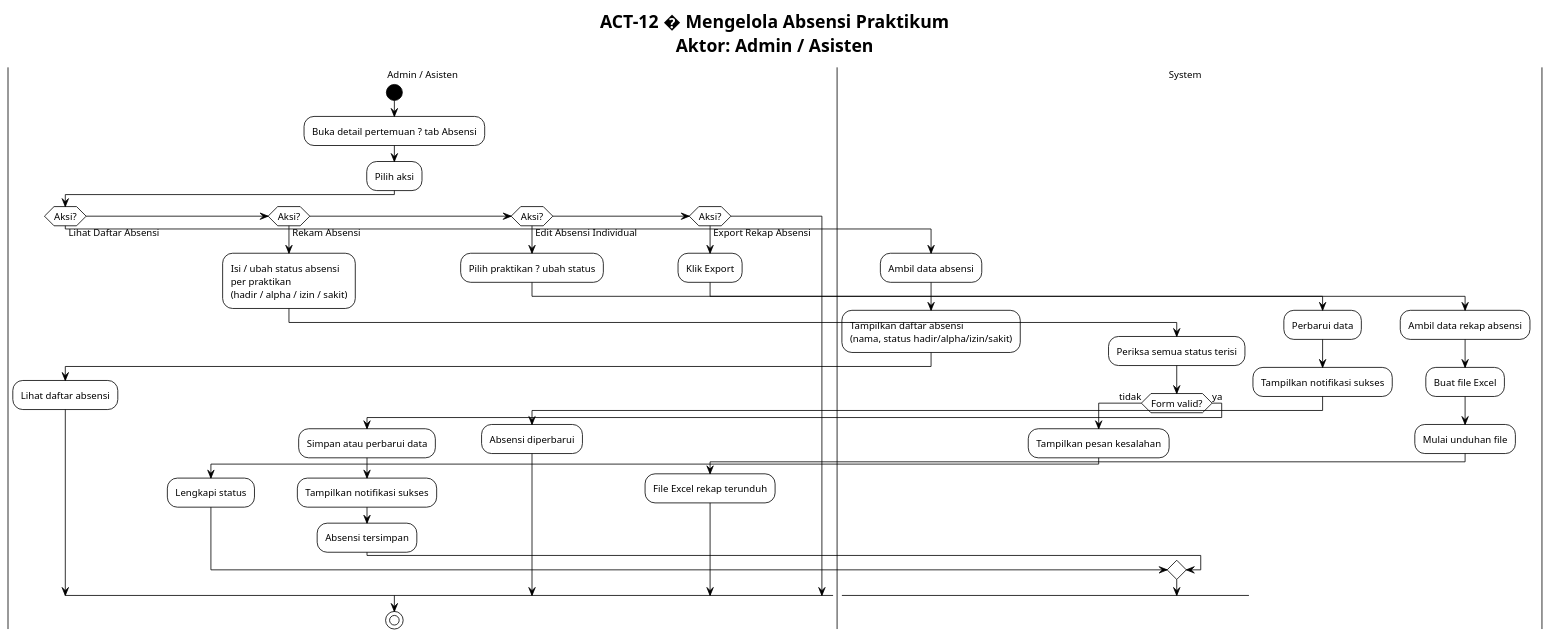
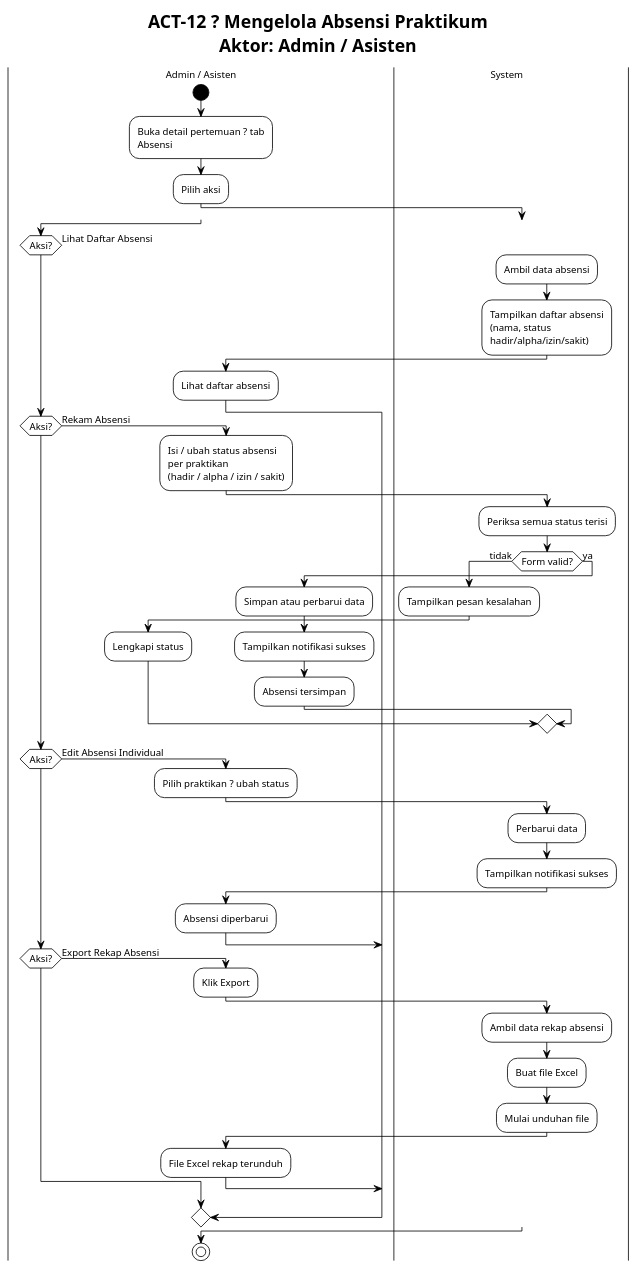
Before and after one commit to Habiboys/SILAB-DSI: the diagram in docs/praktikum/activity/ACT_12_MENGELOLA_ABSENSI.puml, drawn with PlantUML. The commit also changed 313 other files, not shown here.

```diff
--- a/docs/praktikum/activity/ACT_12_MENGELOLA_ABSENSI.puml
+++ b/docs/praktikum/activity/ACT_12_MENGELOLA_ABSENSI.puml
@@ -1,62 +1,66 @@
 @startuml ACT_12_MENGELOLA_ABSENSI
 !theme plain
+!pragma useVerticalIf on
+scale max 1600 width
+skinparam wrapWidth 200
+
 skinparam defaultFontSize 12
 skinparam swimlaneWidth 220
 skinparam ActivityStartColor black
 skinparam ActivityEndColor black
-title ACT-12 � Mengelola Absensi Praktikum\nAktor: Admin / Asisten
+title ACT-12 ? Mengelola Absensi Praktikum\nAktor: Admin / Asisten
 
 |Admin / Asisten|
 |System|
 
 |Admin / Asisten|
 start
 :Buka detail pertemuan ? tab Absensi;
 :Pilih aksi;
 
 if (Aksi?) then (Lihat Daftar Absensi)
   |System|
   :Ambil data absensi;
   :Tampilkan daftar absensi\n(nama, status hadir/alpha/izin/sakit);
   |Admin / Asisten|
   :Lihat daftar absensi;
 
 elseif (Aksi?) then (Rekam Absensi)
   |Admin / Asisten|
   :Isi / ubah status absensi\nper praktikan\n(hadir / alpha / izin / sakit);
   |System|
   :Periksa semua status terisi;
   if (Form valid?) then (tidak)
     :Tampilkan pesan kesalahan;
     |Admin / Asisten|
     :Lengkapi status;
   else (ya)
     :Simpan atau perbarui data;
     :Tampilkan notifikasi sukses;
     |Admin / Asisten|
     :Absensi tersimpan;
   endif
 
 elseif (Aksi?) then (Edit Absensi Individual)
   |Admin / Asisten|
   :Pilih praktikan ? ubah status;
   |System|
   :Perbarui data;
   :Tampilkan notifikasi sukses;
   |Admin / Asisten|
   :Absensi diperbarui;
 
 elseif (Aksi?) then (Export Rekap Absensi)
   |Admin / Asisten|
   :Klik Export;
   |System|
   :Ambil data rekap absensi;
   :Buat file Excel;
   :Mulai unduhan file;
   |Admin / Asisten|
   :File Excel rekap terunduh;
 
 endif
 
 stop
 @enduml
```
